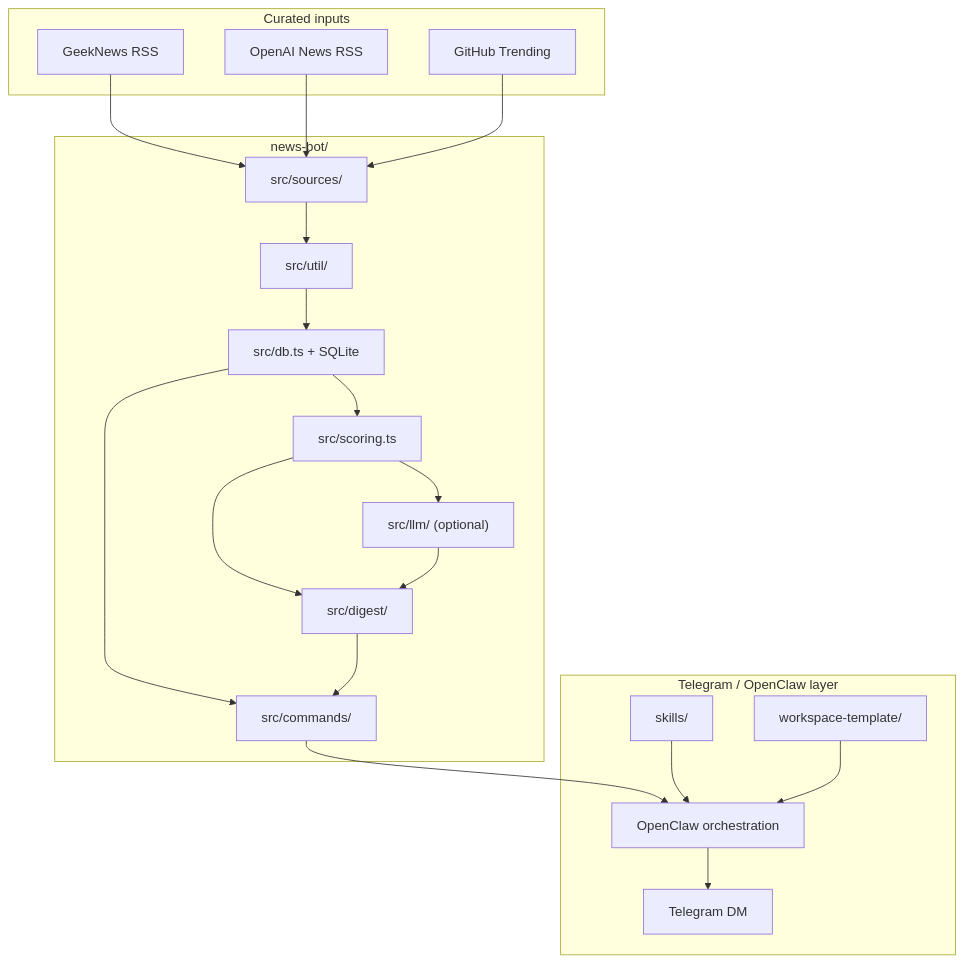
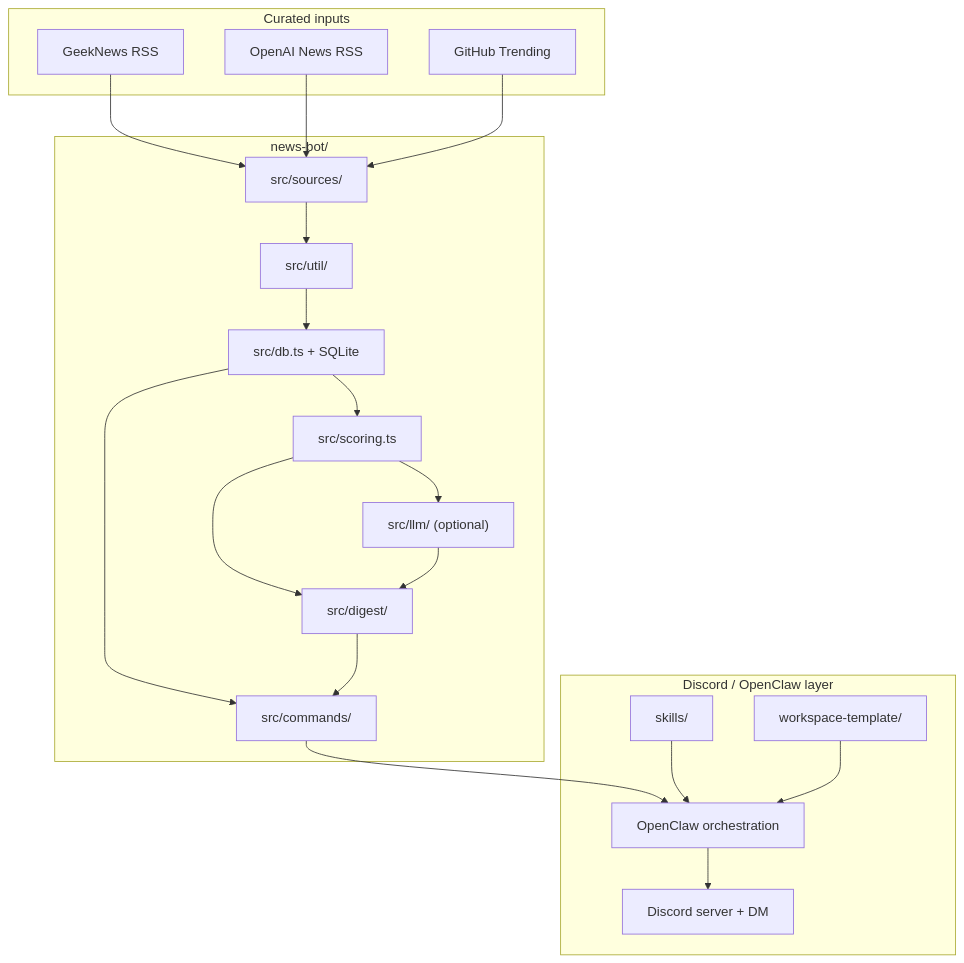
The second of 2 diagrams in README.md (AstroHyo/opensec), drawn with Mermaid before and after one commit. The commit also changed other lines of this file and 40 other files, not shown here.

Commit message:
Add Discord control plane and profile-aware briefs

````diff
--- a/README.md
+++ b/README.md
@@ -68,41 +70,41 @@
 ```mermaid
 flowchart TB
     subgraph Sources["Curated inputs"]
         S1["GeekNews RSS"]
         S2["OpenAI News RSS"]
         S3["GitHub Trending"]
     end
 
     subgraph Engine["news-bot/"]
         SA["src/sources/"]
         U["src/util/"]
         DB["src/db.ts + SQLite"]
         SC["src/scoring.ts"]
         DG["src/digest/"]
         CM["src/commands/"]
         LLM["src/llm/ (optional)"]
     end
 
-    subgraph Control["Telegram / OpenClaw layer"]
+    subgraph Control["Discord / OpenClaw layer"]
         SK["skills/"]
         WS["workspace-template/"]
         OC["OpenClaw orchestration"]
-        TG["Telegram DM"]
+        DC["Discord server + DM"]
     end
 
     S1 --> SA
     S2 --> SA
     S3 --> SA
     SA --> U
     U --> DB
     DB --> SC
     SC --> DG
     SC --> LLM
     LLM --> DG
     DB --> CM
     DG --> CM
     CM --> OC
     SK --> OC
     WS --> OC
-    OC --> TG
+    OC --> DC
 ```
````
